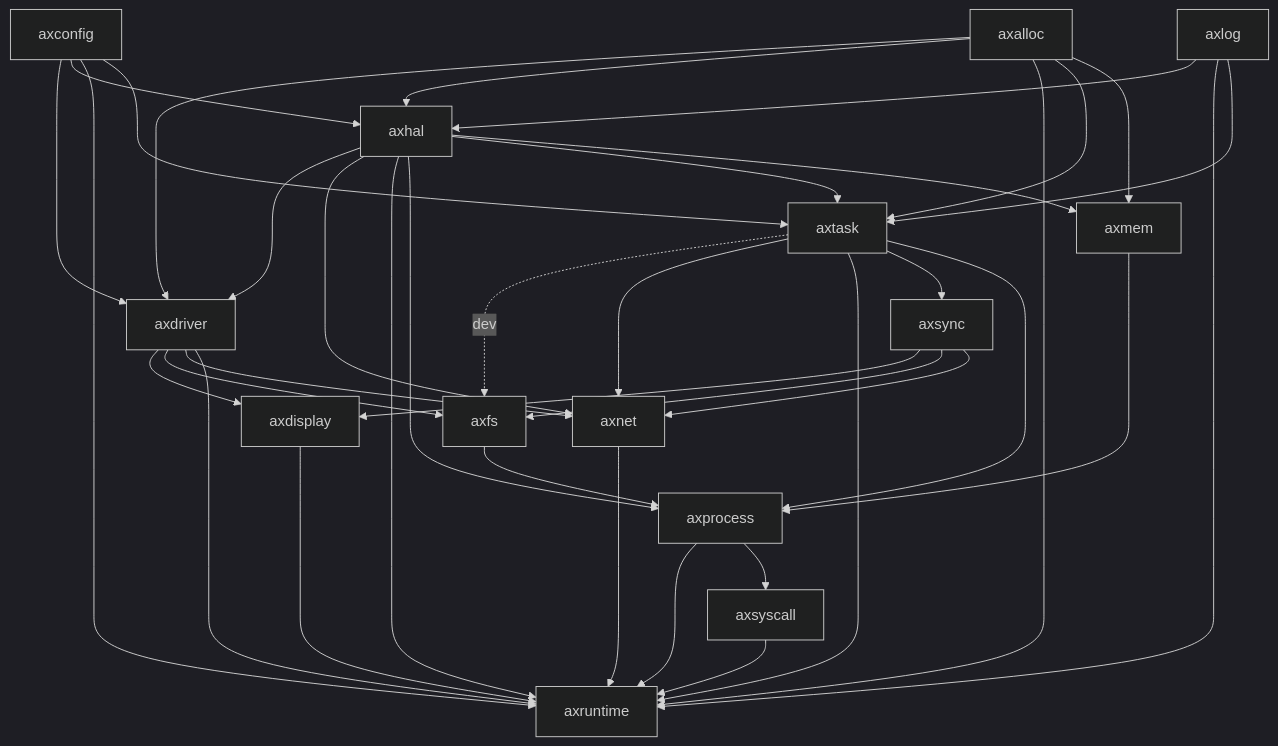
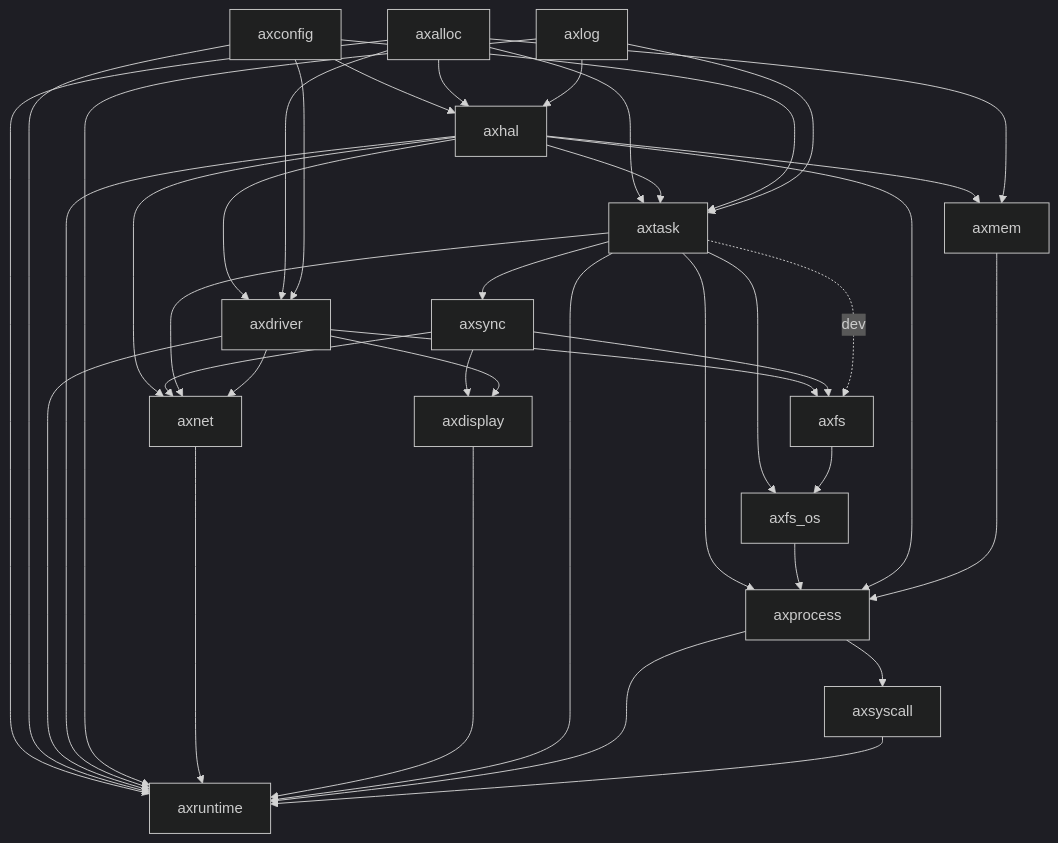
Before and after one commit to arceos-org/arceos: the diagram in README.md, drawn with Mermaid (dark theme). The commit also changed 17 other files, not shown here.

````diff
--- a/README.md
+++ b/README.md
@@ -183,49 +183,52 @@
 ```mermaid
 graph TD;
 axsync-->axdisplay
 axdriver-->axdisplay
 
 axhal-->axdriver
 axalloc-->axdriver
 axconfig-->axdriver
 
 axdriver-->axfs
 axsync-->axfs
 axtask-.dev.->axfs
+
+axtask-->axfs_os
+axfs-->axfs_os
 
 axconfig-->axhal
 axalloc-->axhal
 axlog-->axhal
 
 axhal-->axnet
 axsync-->axnet
 axtask-->axnet
 axdriver-->axnet
 
 axalloc-->axruntime
 axconfig-->axruntime
 axdriver-->axruntime
 axhal-->axruntime
 axlog-->axruntime
 axnet-->axruntime
 axdisplay-->axruntime
 axtask-->axruntime
 axprocess-->axruntime
 axtask-->axsync
 axtask-->axprocess
-axfs-->axprocess
+axfs_os-->axprocess
 axhal-->axprocess
 
 axprocess-->axsyscall
 axsyscall-->axruntime
 axalloc-->axtask
 axhal-->axtask
 axconfig-->axtask
 axlog-->axtask
 
 axhal-->axmem
 axalloc-->axmem
 
 axmem-->axprocess
 
 ```
````
